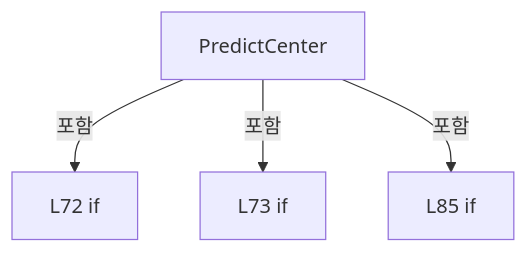
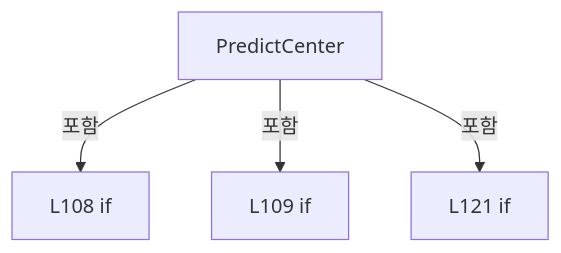
The eighth of 16 diagrams in A3 LD Code Ref/files/Drilling.Common/Correction/CDefaultOffsetCalibration.cs.md (kjuws10-rgb/Shared), drawn with Mermaid before and after one commit. The commit also changed other lines of this file and 1984 other files, not shown here.

Commit message:
docs(a3): update 11.17.0 architecture and complete code reference

````diff
--- a/A3 LD Code Ref/files/Drilling.Common/Correction/CDefaultOffsetCalibration.cs.md
+++ b/A3 LD Code Ref/files/Drilling.Common/Correction/CDefaultOffsetCalibration.cs.md
@@ -594,10 +816,10 @@
 ```mermaid
 flowchart TD
  M["PredictCenter"]
- N0["L72 if"]
+ N0["L108 if"]
  M -->|포함| N0
- N1["L73 if"]
+ N1["L109 if"]
  M -->|포함| N1
- N2["L85 if"]
+ N2["L121 if"]
  M -->|포함| N2
 ```
````
